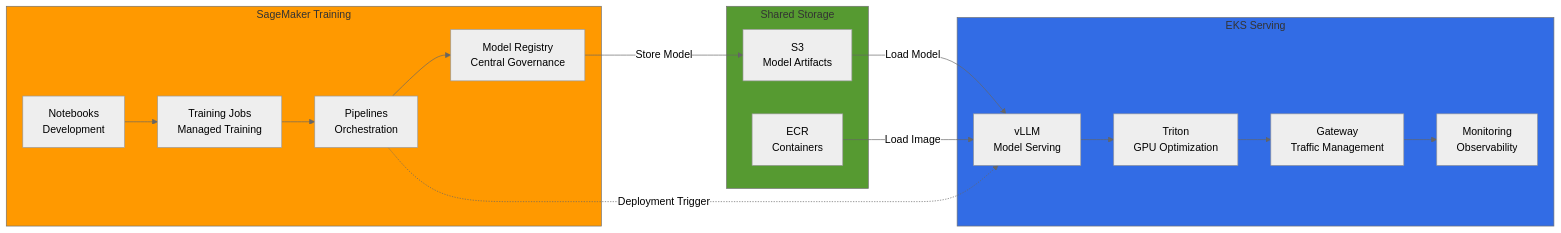
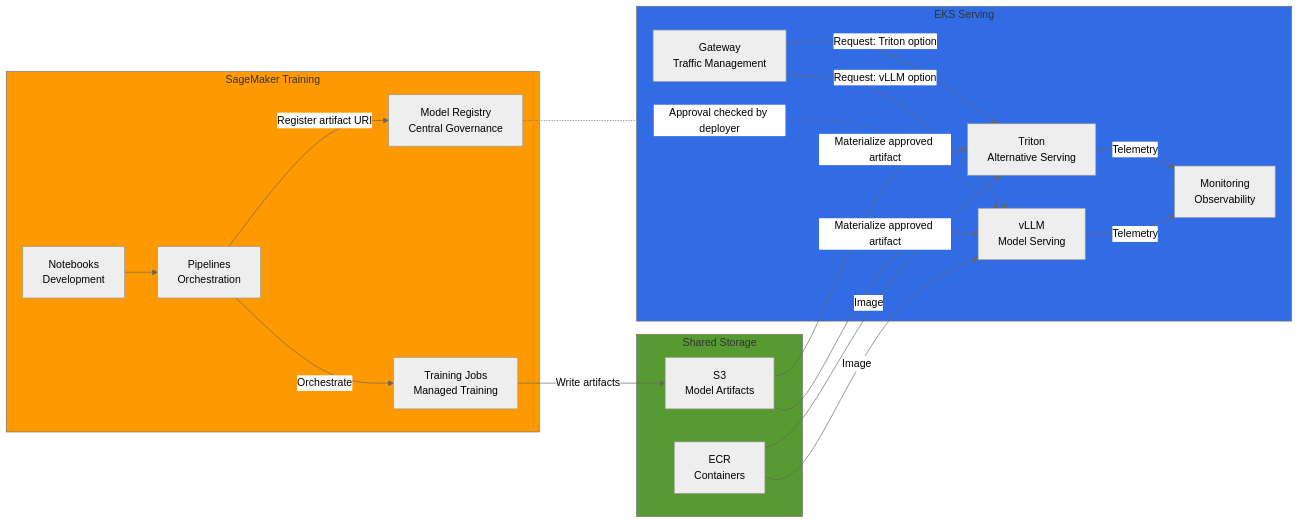
One commit to devfloor9/engineering-playbook changed the first of 4 diagrams in i18n/en/docusaurus-plugin-content-docs/current/agentic-ai-platform/reference-architecture/integrations/sagemaker-eks-integration.md. Above: the diagram before and after it, drawn with Mermaid (neutral theme). The commit also changed other lines of this file and 5 other files, not shown here.

````diff
--- a/i18n/en/docusaurus-plugin-content-docs/current/agentic-ai-platform/reference-architecture/integrations/sagemaker-eks-integration.md
+++ b/i18n/en/docusaurus-plugin-content-docs/current/agentic-ai-platform/reference-architecture/integrations/sagemaker-eks-integration.md
@@ -37,38 +37,39 @@
 ```mermaid
 flowchart LR
     subgraph SageMaker["SageMaker Training"]
         SM_NB[Notebooks<br/>Development]
         SM_TRAIN[Training Jobs<br/>Managed Training]
         SM_PIPE[Pipelines<br/>Orchestration]
         SM_REG[Model Registry<br/>Central Governance]
     end
 
     subgraph Storage["Shared Storage"]
         S3[S3<br/>Model Artifacts]
         ECR[ECR<br/>Containers]
     end
 
     subgraph EKS["EKS Serving"]
         VLLM[vLLM<br/>Model Serving]
-        TRITON[Triton<br/>GPU Optimization]
+        TRITON[Triton<br/>Alternative Serving]
         GATEWAY[Gateway<br/>Traffic Management]
         MONITOR[Monitoring<br/>Observability]
     end
 
-    SM_NB --> SM_TRAIN
-    SM_TRAIN --> SM_PIPE
-    SM_PIPE --> SM_REG
-    SM_REG -->|Store Model| S3
-
-    S3 -->|Load Model| VLLM
-    ECR -->|Load Image| VLLM
-    VLLM --> TRITON
-    TRITON --> GATEWAY
-    GATEWAY --> MONITOR
-
-    SM_PIPE -.->|Deployment Trigger| VLLM
+    SM_NB --> SM_PIPE
+    SM_PIPE -->|Orchestrate| SM_TRAIN
+    SM_TRAIN -->|Write artifacts| S3
+    SM_PIPE -->|Register artifact URI| SM_REG
+    SM_REG -.->|Approval checked by deployer| VLLM
+    S3 -->|Materialize approved artifact| VLLM
+    S3 -->|Materialize approved artifact| TRITON
+    ECR -->|Image| VLLM
+    ECR -->|Image| TRITON
+    GATEWAY -->|Request: vLLM option| VLLM
+    GATEWAY -->|Request: Triton option| TRITON
+    VLLM -->|Telemetry| MONITOR
+    TRITON -->|Telemetry| MONITOR
 
     style SageMaker fill:#ff9900
     style Storage fill:#569a31
     style EKS fill:#326ce5
 ```
````
